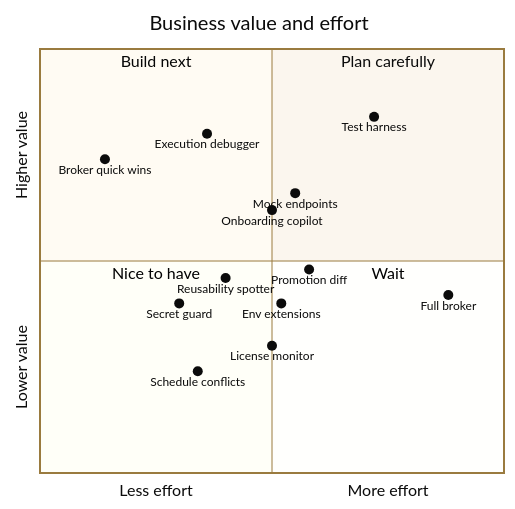
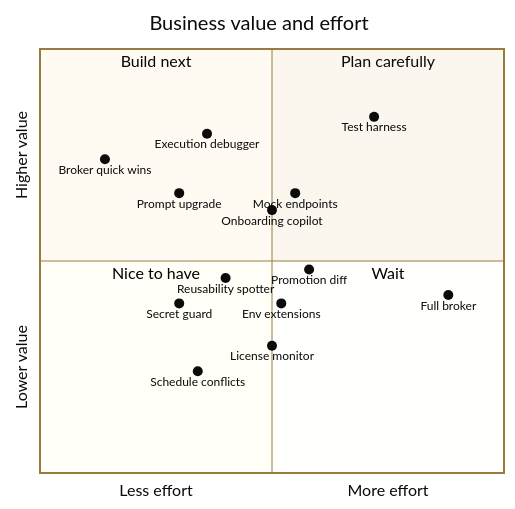
One commit to brianbrinley/ClaudeMods changed the diagram in IDEAS.md. Above: the diagram before and after it, drawn with Mermaid. The commit also changed other lines of this file, not shown here.

First line of the commit message:
Add the Boomi prompt upgrade idea to IDEAS.md

````diff
--- a/IDEAS.md
+++ b/IDEAS.md
@@ -36,23 +36,24 @@
 ```mermaid
 %%{init: {"theme": "base", "fontFamily": "Josefin Sans, trebuchet ms, verdana, arial, sans-serif", "themeVariables": {"fontSize": "15px", "background": "#FBF6EE", "primaryColor": "#FBF6EE", "primaryTextColor": "#0B0B0B", "primaryBorderColor": "#9A7B3F", "lineColor": "#9A7B3F", "textColor": "#0B0B0B", "secondaryColor": "#9FDED6", "tertiaryColor": "#FBE7A1", "edgeLabelBackground": "#FBF6EE", "clusterBkg": "#FBF6EE", "clusterBorder": "#9A7B3F", "actorBkg": "#F7A8C4", "actorBorder": "#C2185B", "actorTextColor": "#0B0B0B", "actorLineColor": "#9A7B3F", "signalColor": "#0B0B0B", "signalTextColor": "#0B0B0B", "labelBoxBkgColor": "#FBE7A1", "labelBoxBorderColor": "#9A7B3F", "labelTextColor": "#0B0B0B", "loopTextColor": "#0B0B0B", "noteBkgColor": "#FBE7A1", "noteBorderColor": "#9A7B3F", "noteTextColor": "#0B0B0B", "activationBkgColor": "#9FDED6", "activationBorderColor": "#0F766E", "sequenceNumberColor": "#FBF6EE"}}}%%
 quadrantChart
     title Business value and effort
     x-axis Less effort --> More effort
     y-axis Lower value --> Higher value
     quadrant-1 Plan carefully
     quadrant-2 Build next
     quadrant-3 Nice to have
     quadrant-4 Wait
     Execution debugger: [0.36, 0.80]
     Broker quick wins: [0.14, 0.74]
     Test harness: [0.72, 0.84]
     Mock endpoints: [0.55, 0.66]
     Secret guard: [0.30, 0.40]
     Promotion diff: [0.58, 0.48]
     Env extensions: [0.52, 0.40]
     Full broker: [0.88, 0.42]
     Onboarding copilot: [0.50, 0.62]
     Reusability spotter: [0.40, 0.46]
     License monitor: [0.50, 0.30]
     Schedule conflicts: [0.34, 0.24]
+    Prompt upgrade: [0.30, 0.66]
 ```
````
